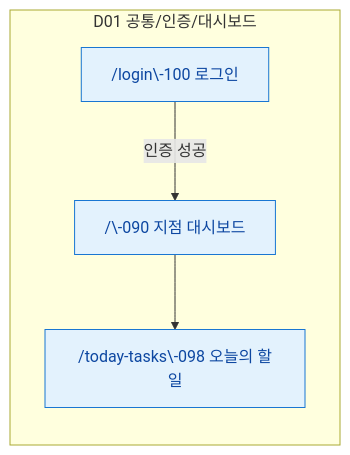
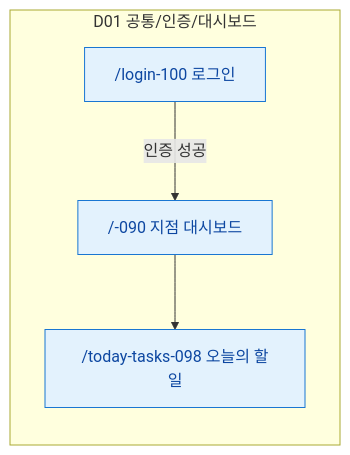
Before and after one commit to dev-spogym/admin-pando: the first of 11 diagrams in docs/admin/다이어그램/00_사이트맵/N2_도메인별_사이트맵.md, drawn with Mermaid. The commit also changed other lines of this file and 369 other files, not shown here.

````diff
--- a/docs/admin/다이어그램/00_사이트맵/N2_도메인별_사이트맵.md
+++ b/docs/admin/다이어그램/00_사이트맵/N2_도메인별_사이트맵.md
@@ -13,14 +13,14 @@
 ```mermaid
 flowchart LR
     subgraph D01["D01 공통/인증/대시보드"]
-        SCR100["/login\-100 로그인"]
-        SCR090["/\-090 지점 대시보드"]
-        SCR098["/today-tasks\-098 오늘의 할일"]
+        SCR100["/login-100 로그인"]
+        SCR090["/-090 지점 대시보드"]
+        SCR098["/today-tasks-098 오늘의 할일"]
     end
 
     SCR100 -->|"인증 성공"|SCR090
     SCR090 --> SCR098
 
     classDef screen fill:#E3F2FD,stroke:#1976D2,color:#0D47A1
     class SCR100,SCR090,SCR098 screen
 ```
````
